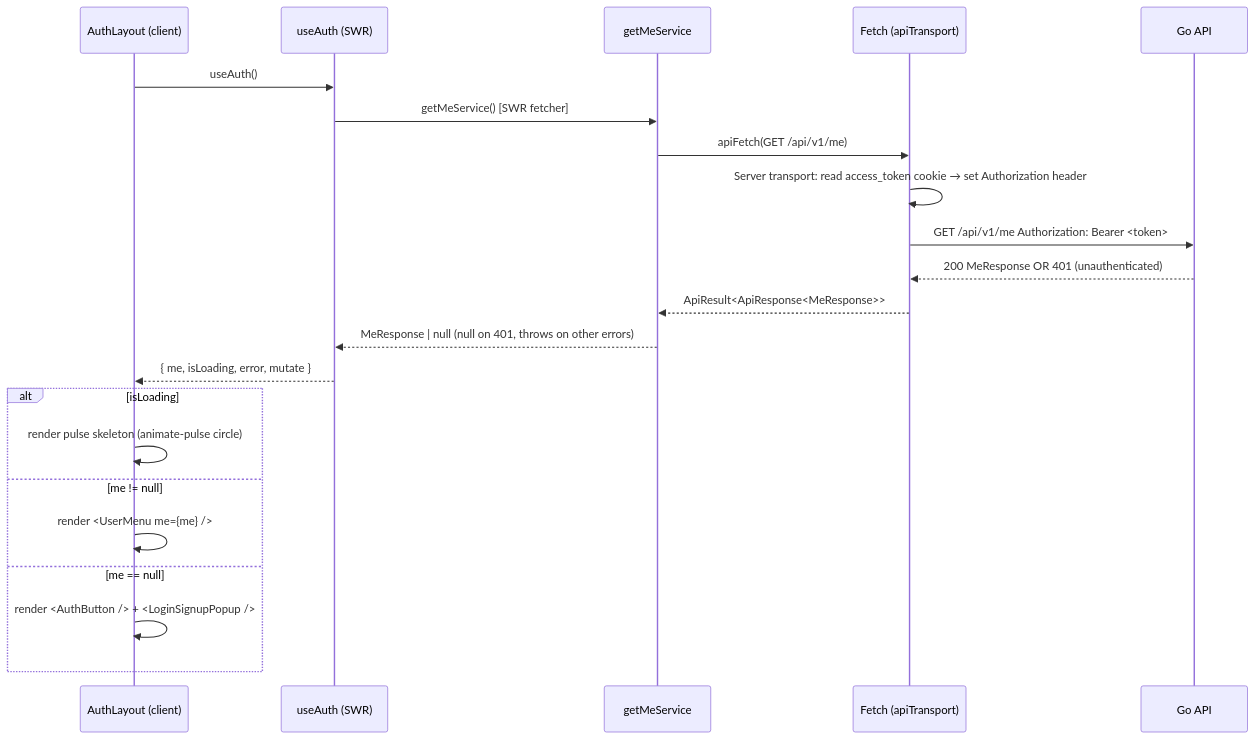
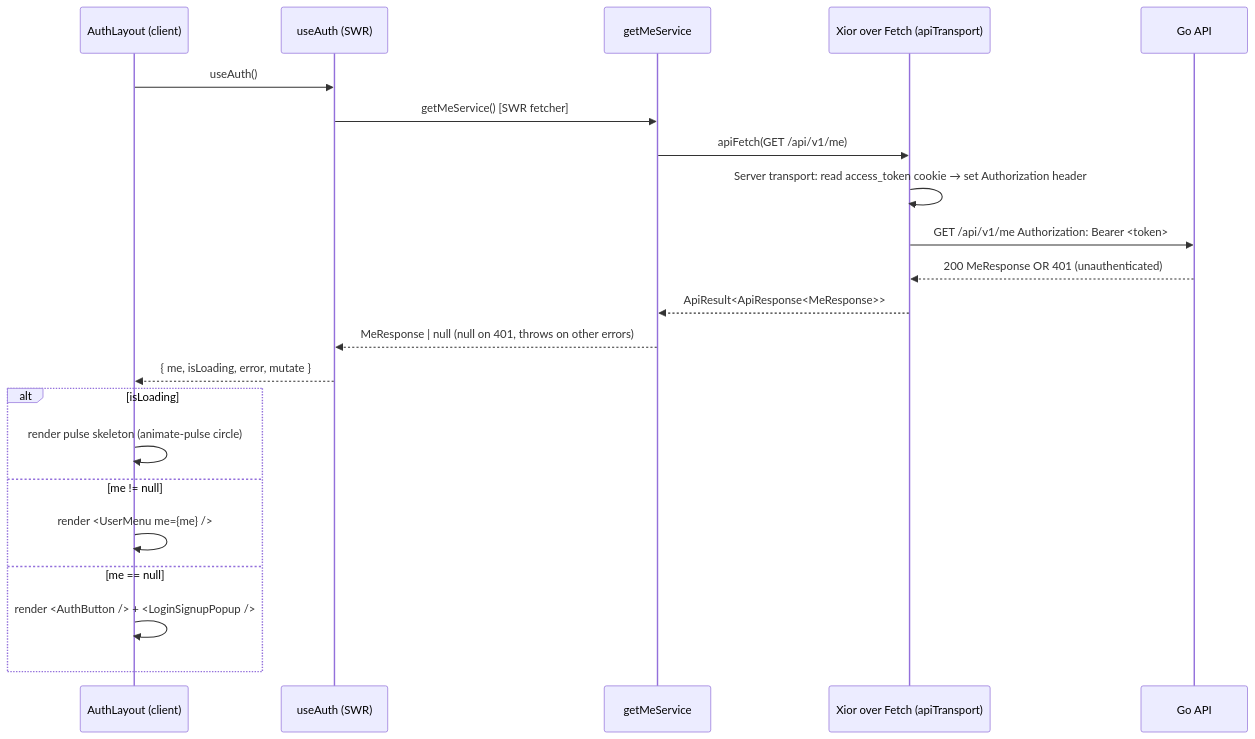
One commit to lkienkle11/fe-mycourse changed the third of 4 diagrams in docs/flow.md. Above: the diagram before and after it, drawn with Mermaid. The commit also changed other lines of this file and 11 other files, not shown here.

Commit message:
docs: document xior as fetch-core http adapter

````diff
--- a/docs/flow.md
+++ b/docs/flow.md
@@ -227,26 +227,26 @@
 ```mermaid
 sequenceDiagram
   participant AL as AuthLayout (client)
   participant UA as useAuth (SWR)
   participant GM as getMeService
-  participant AX as Fetch (apiTransport)
+  participant AX as Xior over Fetch (apiTransport)
   participant API as Go API
 
   AL->>UA: useAuth()
   UA->>GM: getMeService() [SWR fetcher]
   GM->>AX: apiFetch(GET /api/v1/me)
   AX->>AX: Server transport: read access_token cookie → set Authorization header
   AX->>API: GET /api/v1/me  Authorization: Bearer <token>
   API-->>AX: 200 MeResponse  OR  401 (unauthenticated)
   AX-->>GM: ApiResult<ApiResponse<MeResponse>>
   GM-->>UA: MeResponse | null  (null on 401, throws on other errors)
   UA-->>AL: { me, isLoading, error, mutate }
 
   alt isLoading
     AL->>AL: render pulse skeleton (animate-pulse circle)
   else me != null
     AL->>AL: render <UserMenu me={me} />
   else me == null
     AL->>AL: render <AuthButton /> + <LoginSignupPopup />
   end
 ```
````
